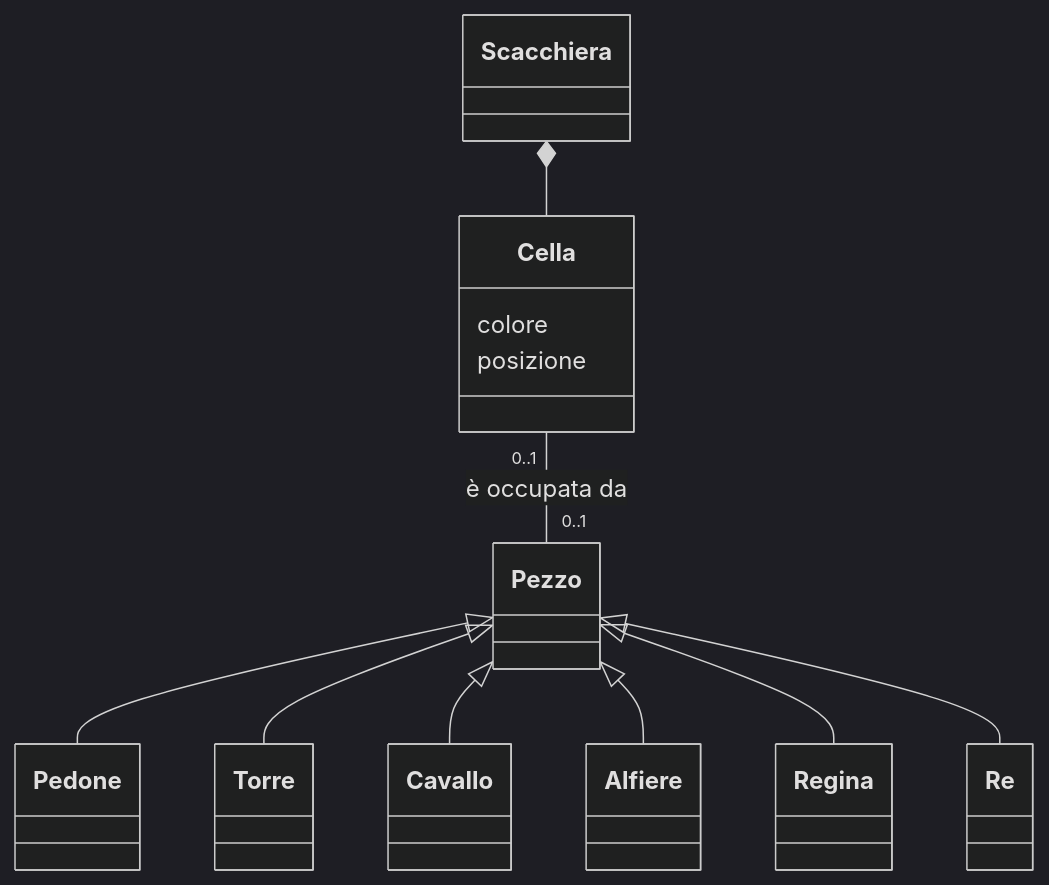
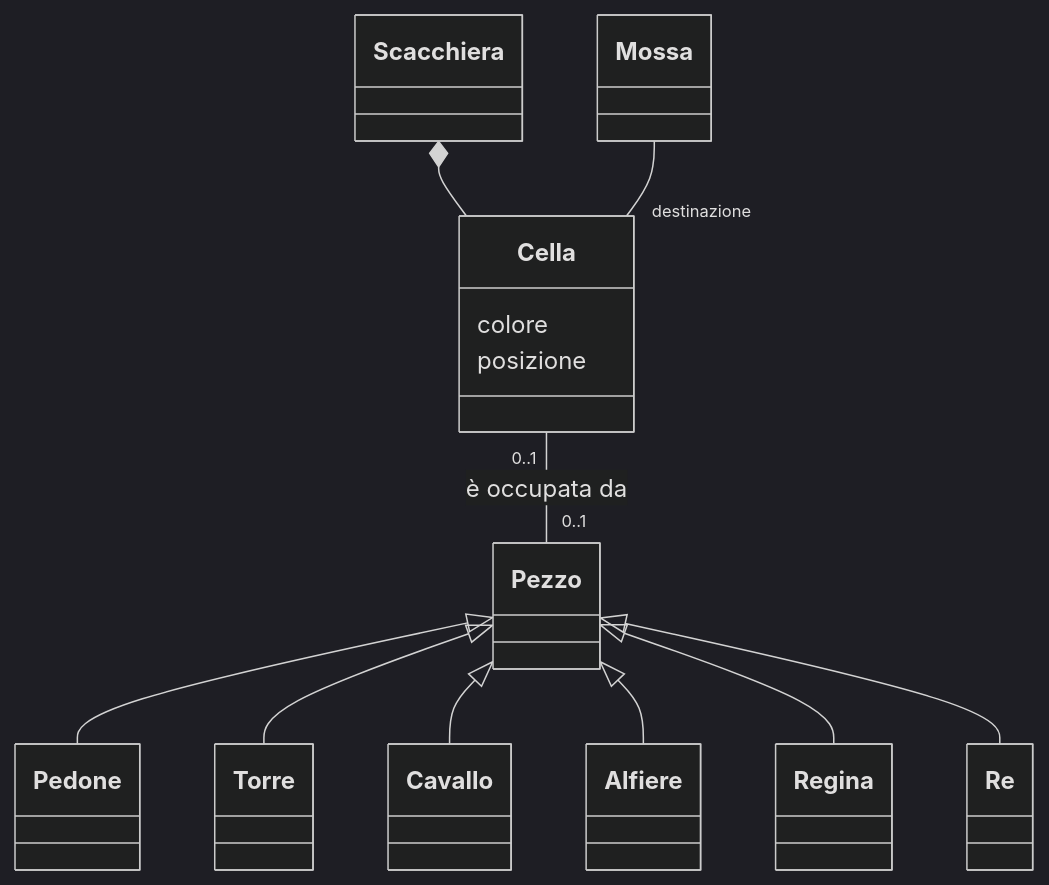
Before and after one commit to lanubile/demo3: the diagram in README.md, drawn with Mermaid (dark theme).

Commit message:
Aggiunto il ruolo

````diff
--- a/README.md
+++ b/README.md
@@ -8,16 +8,17 @@
 ```mermaid
 classDiagram
 class Scacchiera
 class Cella {
     colore
     posizione
 }
 Scacchiera *-- Cella
 Cella "0..1" -- "0..1" Pezzo : è occupata da
 Pezzo <|-- Pedone
 Pezzo <|-- Torre
 Pezzo <|-- Cavallo
 Pezzo <|-- Alfiere
 Pezzo <|-- Regina
 Pezzo <|-- Re
+Mossa -- "destinazione" Cella
 ```
````
